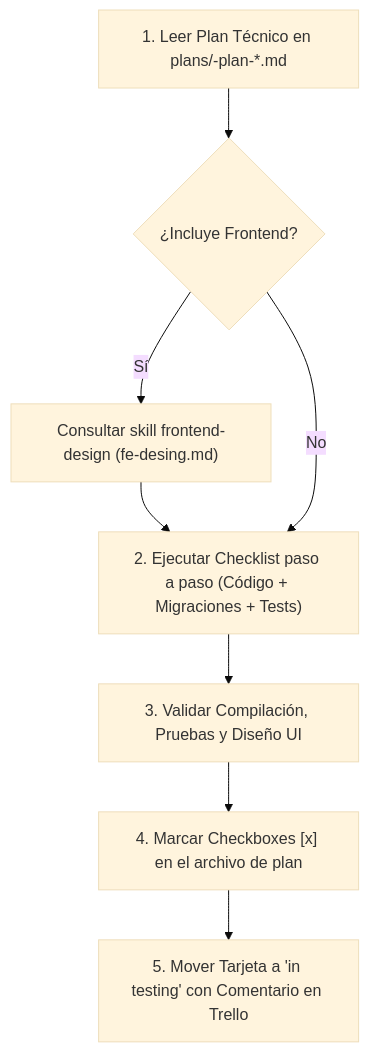
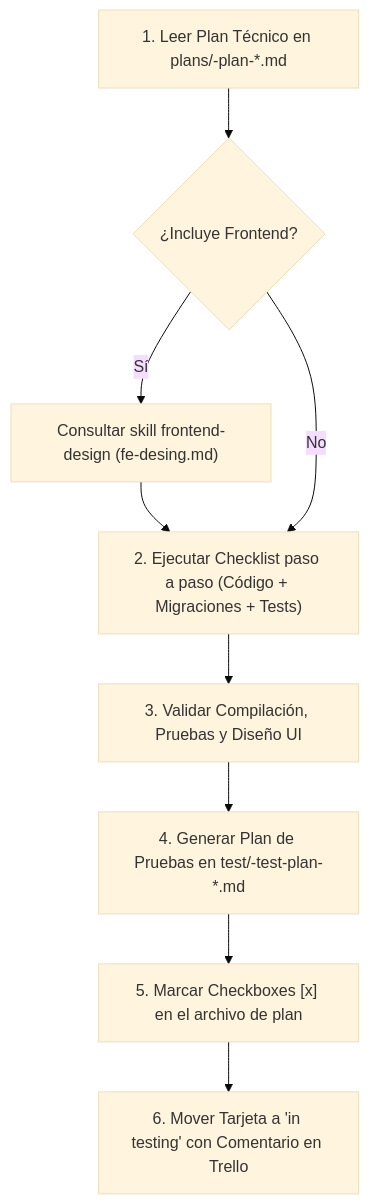
One commit to edgonbr88/Talentus-Scout changed the diagram in .agents/skills/trello-implementer/SKILL.md. Above: the diagram before and after it, drawn with Mermaid (base theme). The commit also changed other lines of this file and 232 other files, not shown here.

````diff
--- a/.agents/skills/trello-implementer/SKILL.md
+++ b/.agents/skills/trello-implementer/SKILL.md
@@ -29,15 +29,16 @@
 ```mermaid
 graph TD
     ReadPlan["1. Leer Plan Técnico en plans/<TS-ID>-plan-*.md"]
     CheckFrontend{"¿Incluye Frontend?"}
     ConsultDesign["Consultar skill frontend-design (fe-desing.md)"]
     ExecChecklist["2. Ejecutar Checklist paso a paso (Código + Migraciones + Tests)"]
     VerifyCompile["3. Validar Compilación, Pruebas y Diseño UI"]
-    UpdatePlan["4. Marcar Checkboxes [x] en el archivo de plan"]
-    MoveCard["5. Mover Tarjeta a 'in testing' con Comentario en Trello"]
+    GenTestDoc["4. Generar Plan de Pruebas en test/<TS-ID>-test-plan-*.md"]
+    UpdatePlan["5. Marcar Checkboxes [x] en el archivo de plan"]
+    MoveCard["6. Mover Tarjeta a 'in testing' con Comentario en Trello"]
 
     ReadPlan --> CheckFrontend
     CheckFrontend -->|"Sí"| ConsultDesign --> ExecChecklist
     CheckFrontend -->|"No"| ExecChecklist
-    ExecChecklist --> VerifyCompile --> UpdatePlan --> MoveCard
+    ExecChecklist --> VerifyCompile --> GenTestDoc --> UpdatePlan --> MoveCard
 ```
````
